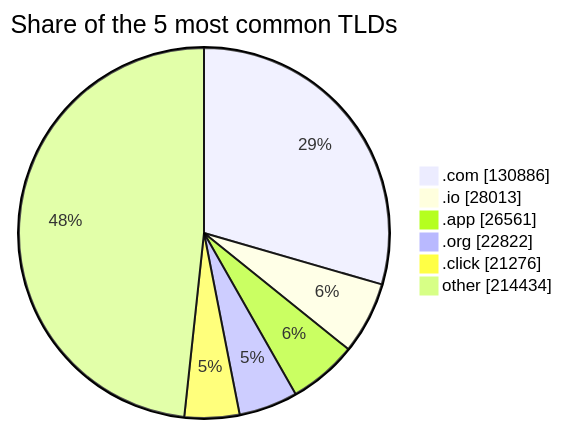
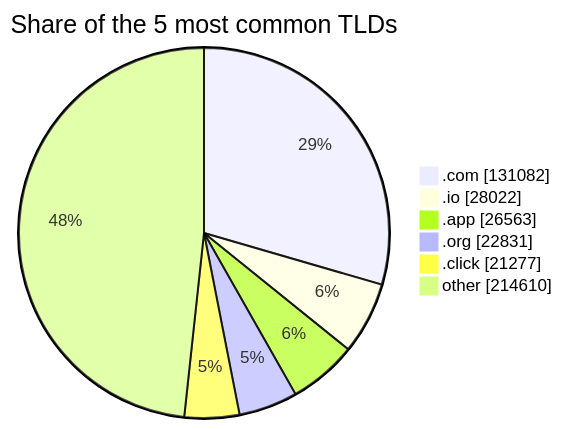
The third of 3 diagrams in README.md (DNSBunker/CTI), drawn with Mermaid before and after one commit. The commit also changed other lines of this file and 3 other files, not shown here.

````diff
--- a/README.md
+++ b/README.md
@@ -81,9 +81,9 @@
 ```mermaid
 pie showData title Share of the 5 most common TLDs
-    ".com" : 130886
-    ".io" : 28013
-    ".app" : 26561
-    ".org" : 22822
-    ".click" : 21276
-    "other" : 214434
+    ".com" : 131082
+    ".io" : 28022
+    ".app" : 26563
+    ".org" : 22831
+    ".click" : 21277
+    "other" : 214610
 ```
````
